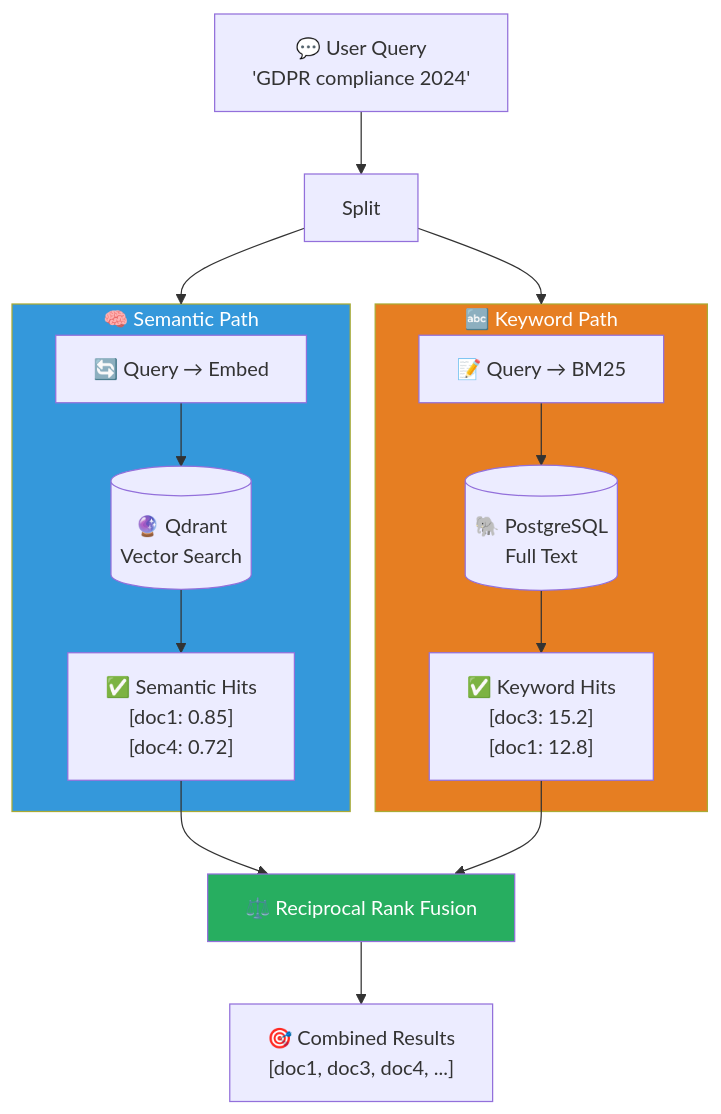
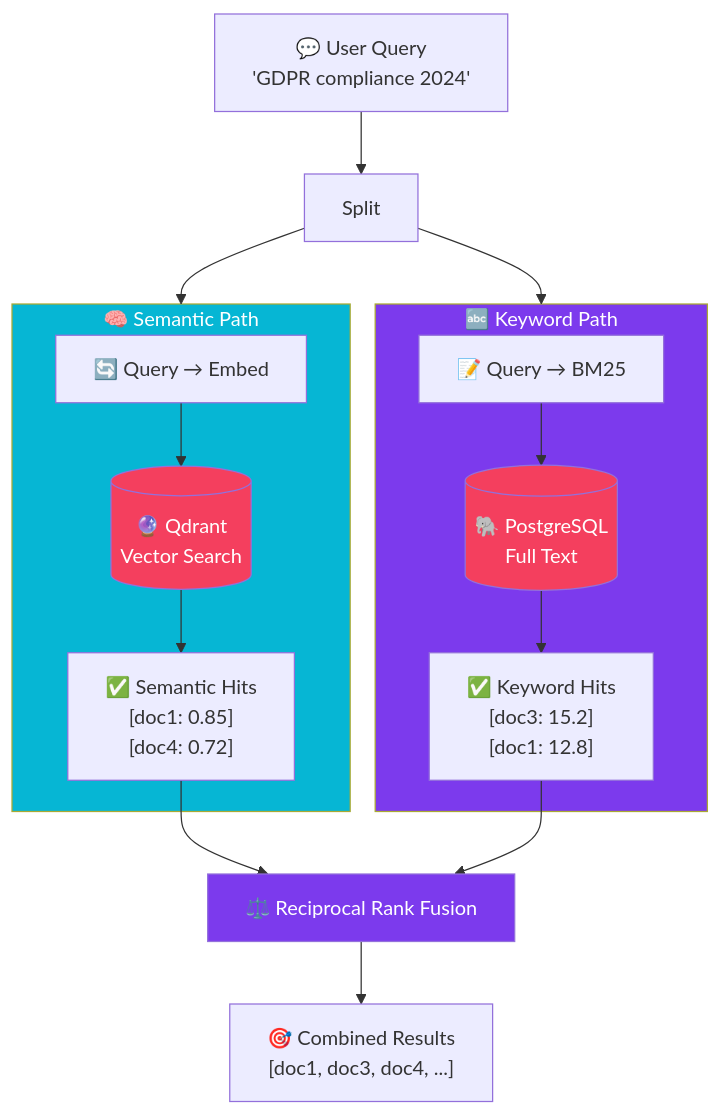
One commit to viktorrobin/bluerobin-blog changed the diagram in src/content/blog/hybrid-search-semantic-keyword.mdx. Above: the diagram before and after it, drawn with Mermaid. The commit also changed other lines of this file and 127 other files, not shown here.

````diff
--- a/src/content/blog/hybrid-search-semantic-keyword.mdx
+++ b/src/content/blog/hybrid-search-semantic-keyword.mdx
@@ -24,30 +28,35 @@
 ```mermaid
 flowchart TB
     Q["💬 User Query<br/>'GDPR compliance 2024'"] --> Split
 
     Split --> Semantic
     Split --> Keyword
 
     subgraph Semantic["🧠 Semantic Path"]
         S1["🔄 Query → Embed"]
         S2[("🔮 Qdrant<br/>Vector Search")]
         S3["✅ Semantic Hits<br/>[doc1: 0.85]<br/>[doc4: 0.72]"]
         S1 --> S2 --> S3
     end
 
     subgraph Keyword["🔤 Keyword Path"]
         K1["📝 Query → BM25"]
         K2[("🐘 PostgreSQL<br/>Full Text")]
         K3["✅ Keyword Hits<br/>[doc3: 15.2]<br/>[doc1: 12.8]"]
         K1 --> K2 --> K3
     end
 
     S3 --> RRF
     K3 --> RRF
 
     RRF["⚖️ Reciprocal Rank Fusion"] --> Results["🎯 Combined Results<br/>[doc1, doc3, doc4, ...]"]
 
-    style Semantic fill:#3498db,color:#fff
-    style Keyword fill:#e67e22,color:#fff
-    style RRF fill:#27ae60,color:#fff
+    classDef primary fill:#7c3aed,color:#fff
+    classDef secondary fill:#06b6d4,color:#fff
+    classDef db fill:#f43f5e,color:#fff
+    classDef warning fill:#fbbf24,color:#000
+
+    class Keyword,RRF primary
+    class Semantic secondary
+    class S2,K2 db
 ```
````
